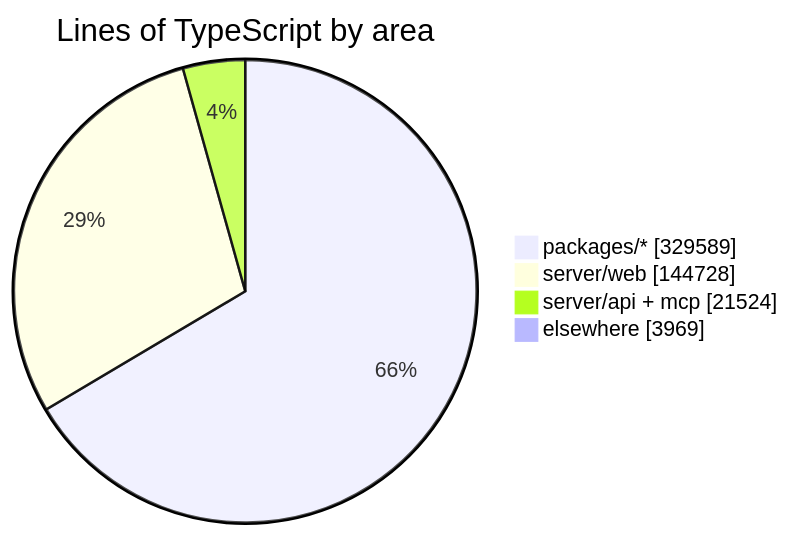
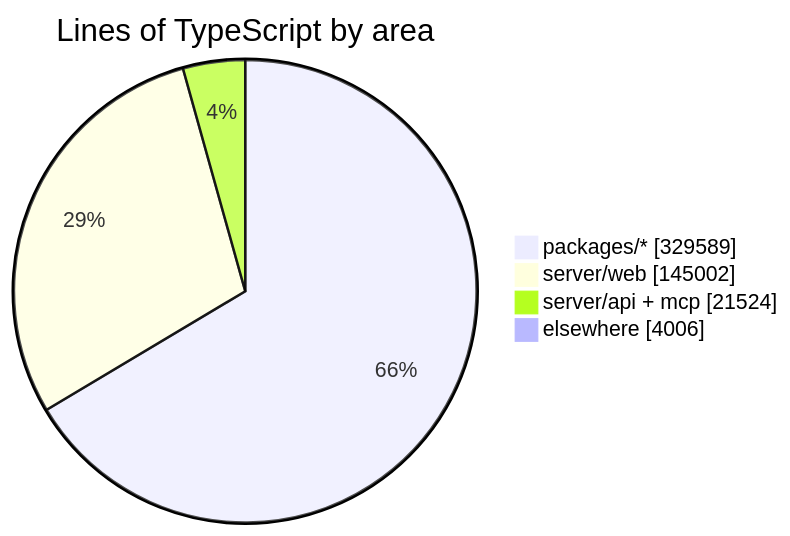
Before and after one commit to crossworks-engineering/mantle: the diagram in README.md, drawn with Mermaid. The commit also changed other lines of this file and 2 other files, not shown here.

````diff
--- a/README.md
+++ b/README.md
@@ -294,7 +294,7 @@
 ```mermaid
 pie showData title Lines of TypeScript by area
     "packages/*" : 329589
-    "server/web" : 144728
+    "server/web" : 145002
     "server/api + mcp" : 21524
-    "elsewhere" : 3969
+    "elsewhere" : 4006
 ```
````
